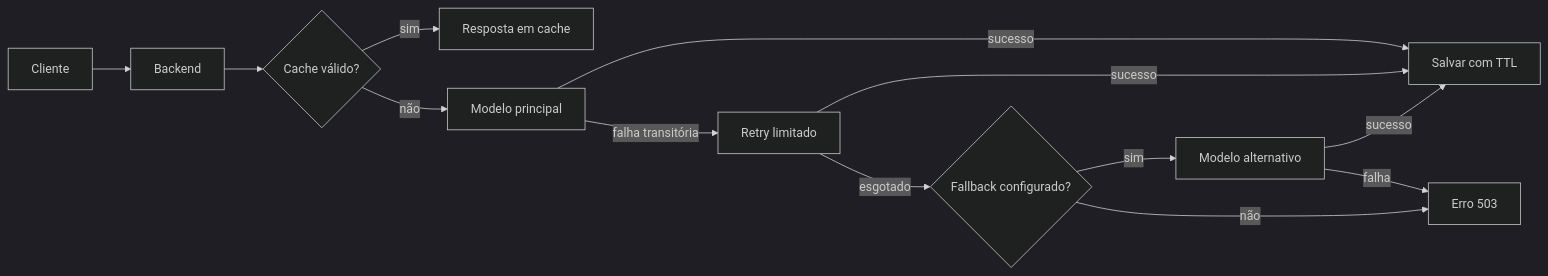
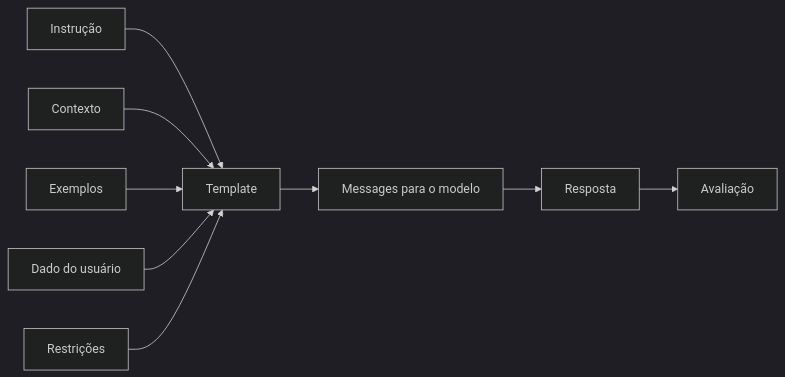
One commit to luciano-alexandre/topicos-avancados changed the first of 2 diagrams in docs/encontros/encontro-10.md. Above: the diagram before and after it, drawn with Mermaid (dark theme). The commit also changed other lines of this file and 9 other files, not shown here.

````diff
--- a/docs/encontros/encontro-10.md
+++ b/docs/encontros/encontro-10.md
@@ -24,15 +25,11 @@
 ```mermaid
 flowchart LR
-    C[Cliente] --> B[Backend]
-    B --> K{Cache válido?}
-    K -- sim --> R[Resposta em cache]
-    K -- não --> P[Modelo principal]
-    P -- sucesso --> S[Salvar com TTL]
-    P -- falha transitória --> T[Retry limitado]
-    T -- sucesso --> S
-    T -- esgotado --> F{Fallback configurado?}
-    F -- sim --> M[Modelo alternativo]
-    F -- não --> E[Erro 503]
-    M -- sucesso --> S
-    M -- falha --> E
+    I[Instrução] --> T[Template]
+    C[Contexto] --> T
+    E[Exemplos] --> T
+    D[Dado do usuário] --> T
+    R[Restrições] --> T
+    T --> M[Messages para o modelo]
+    M --> O[Resposta]
+    O --> A[Avaliação]
 ```
````
